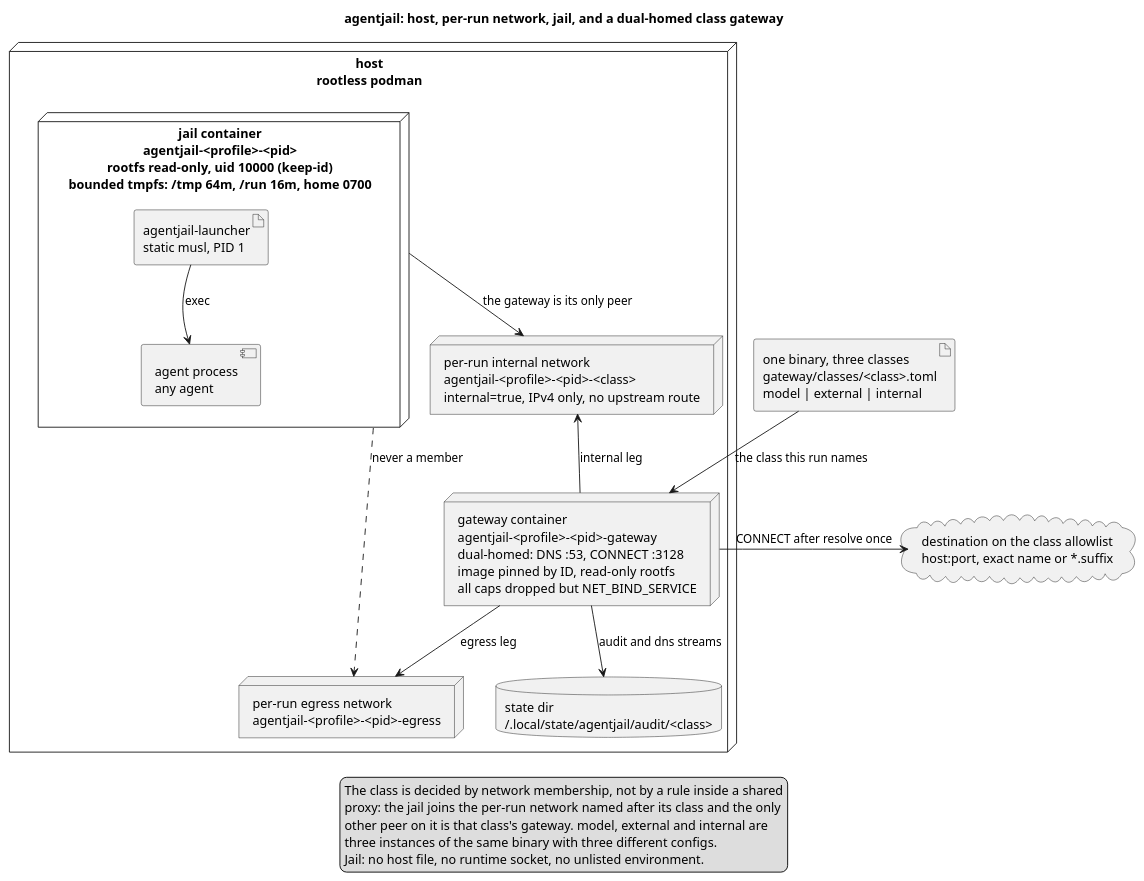
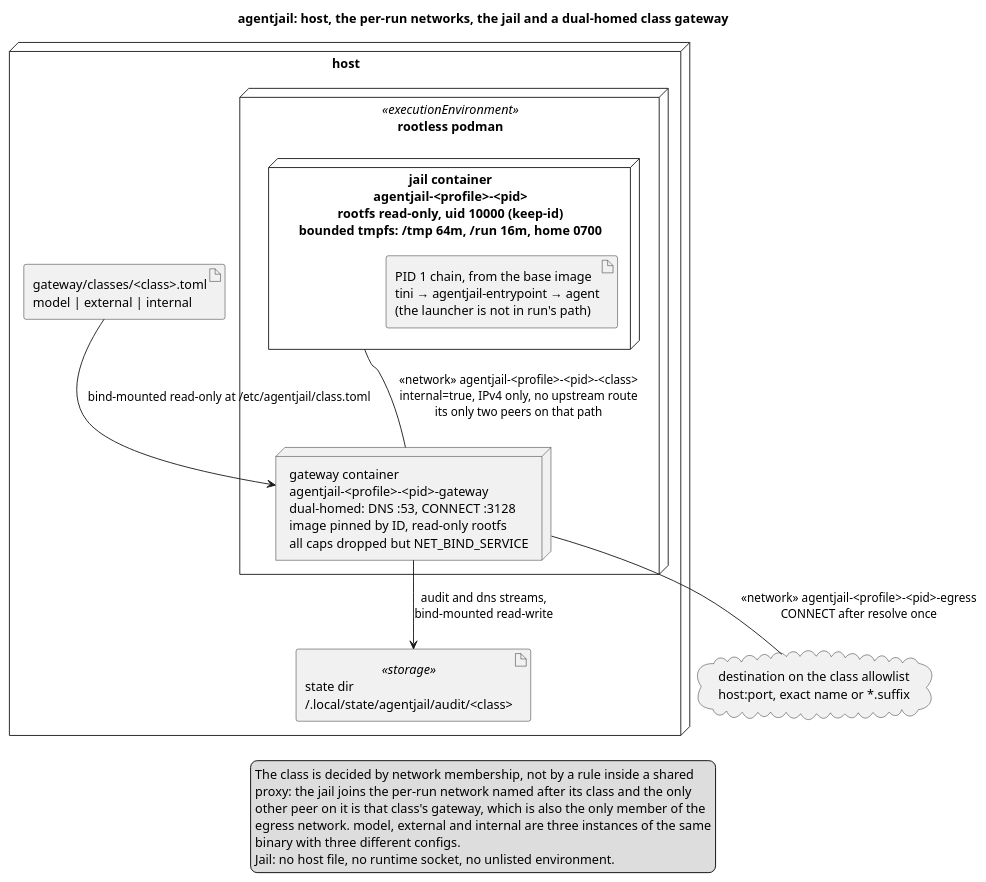
Before and after one commit to Breinich/agentjail: the diagram in docs/diagrams/deployment.puml, drawn with PlantUML. The commit also changed 11 other files, not shown here.

First line of the commit message:
diagrams: correct UML, and the facts the symbols asserted

```diff
--- a/docs/diagrams/deployment.puml
+++ b/docs/diagrams/deployment.puml
@@ -1,42 +1,37 @@
 @startuml deployment
-' UML deployment diagram: the topology of one run.
+' UML deployment diagram only: nodes, «executionEnvironment», «artifact» and
+' communication paths, and no other diagram or UML element type. A network is
+' a path between deployed elements, never an element of its own.
 ' Source of record for docs/diagrams/deployment.svg. Do not edit the SVG:
 ' render it with the pinned PlantUML image (docs/adopting.md).
 ' &#45;&#45; is a literal "--": PlantUML reads --text-- as strikeout.
-title agentjail: host, per-run network, jail, and a dual-homed class gateway
+title agentjail: host, the per-run networks, the jail and a dual-homed class gateway
 
-node "host\nrootless podman" as host {
-  node "jail container\nagentjail-<profile>-<pid>\nrootfs read-only, uid 10000 (keep-id)\nbounded tmpfs: /tmp 64m, /run 16m, home 0700" as jail {
-    artifact "agentjail-launcher\nstatic musl, PID 1" as launcher
-    component "agent process\nany agent" as agent
+node "host" as host {
+  node "rootless podman" <<executionEnvironment>> as runtime {
+    node "jail container\nagentjail-<profile>-<pid>\nrootfs read-only, uid 10000 (keep-id)\nbounded tmpfs: /tmp 64m, /run 16m, home 0700" as jail {
+      artifact "PID 1 chain, from the base image\ntini → agentjail-entrypoint → agent\n(the launcher is not in run's path)" as init
+    }
+    node "gateway container\nagentjail-<profile>-<pid>-gateway\ndual-homed: DNS :53, CONNECT :3128\nimage pinned by ID, read-only rootfs\nall caps dropped but NET_BIND_SERVICE" as gateway
   }
 
-  node "per-run internal network\nagentjail-<profile>-<pid>-<class>\ninternal=true, IPv4 only, no upstream route" as internal
-
-  node "gateway container\nagentjail-<profile>-<pid>-gateway\ndual-homed: DNS :53, CONNECT :3128\nimage pinned by ID, read-only rootfs\nall caps dropped but NET_BIND_SERVICE" as gateway
-
-  node "per-run egress network\nagentjail-<profile>-<pid>-egress" as egress
-
-  database "state dir\n~/.local/state/agentjail/audit/<class>" as state
+  artifact "gateway/classes/<class>.toml\nmodel | external | internal" as classcfg
+  artifact "state dir\n~/.local/state/agentjail/audit/<class>" <<storage>> as state
 }
 
-artifact "one binary, three classes\ngateway/classes/<class>.toml\nmodel | external | internal" as classcfg
 cloud "destination on the class allowlist\nhost:port, exact name or *.suffix" as destination
 
-launcher --> agent : exec
-jail -down-> internal : the gateway is its only peer
-gateway -up-> internal : internal leg
-gateway -down-> egress : egress leg
-gateway -down-> state : audit and dns streams
-gateway -right-> destination : CONNECT after resolve once
-classcfg -down-> gateway : the class this run names
-jail ..> egress : never a member
+classcfg --> gateway : bind-mounted read-only at /etc/agentjail/class.toml
+jail -- gateway : «network» agentjail-<profile>-<pid>-<class>\ninternal=true, IPv4 only, no upstream route\nits only two peers on that path
+gateway -- destination : «network» agentjail-<profile>-<pid>-egress\nCONNECT after resolve once
+gateway --> state : audit and dns streams,\nbind-mounted read-write
 
 legend bottom
   The class is decided by network membership, not by a rule inside a shared
   proxy: the jail joins the per-run network named after its class and the only
-  other peer on it is that class's gateway. model, external and internal are
-  three instances of the same binary with three different configs.
+  other peer on it is that class's gateway, which is also the only member of the
+  egress network. model, external and internal are three instances of the same
+  binary with three different configs.
   Jail: no host file, no runtime socket, no unlisted environment.
 endlegend
 @enduml
```
